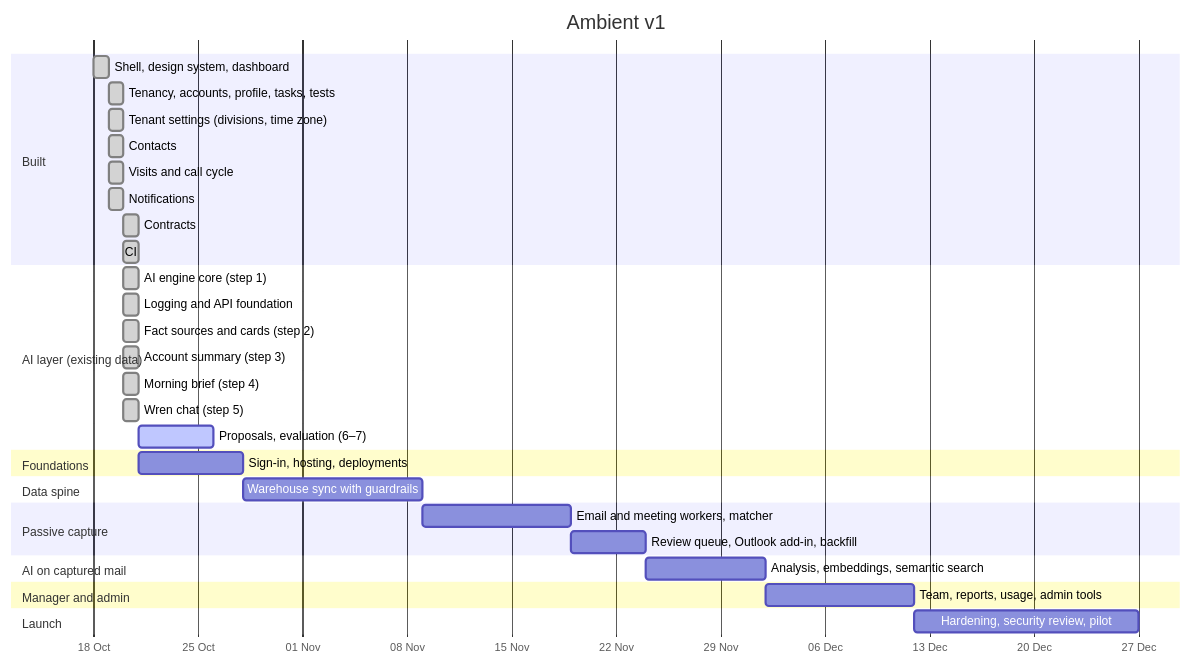
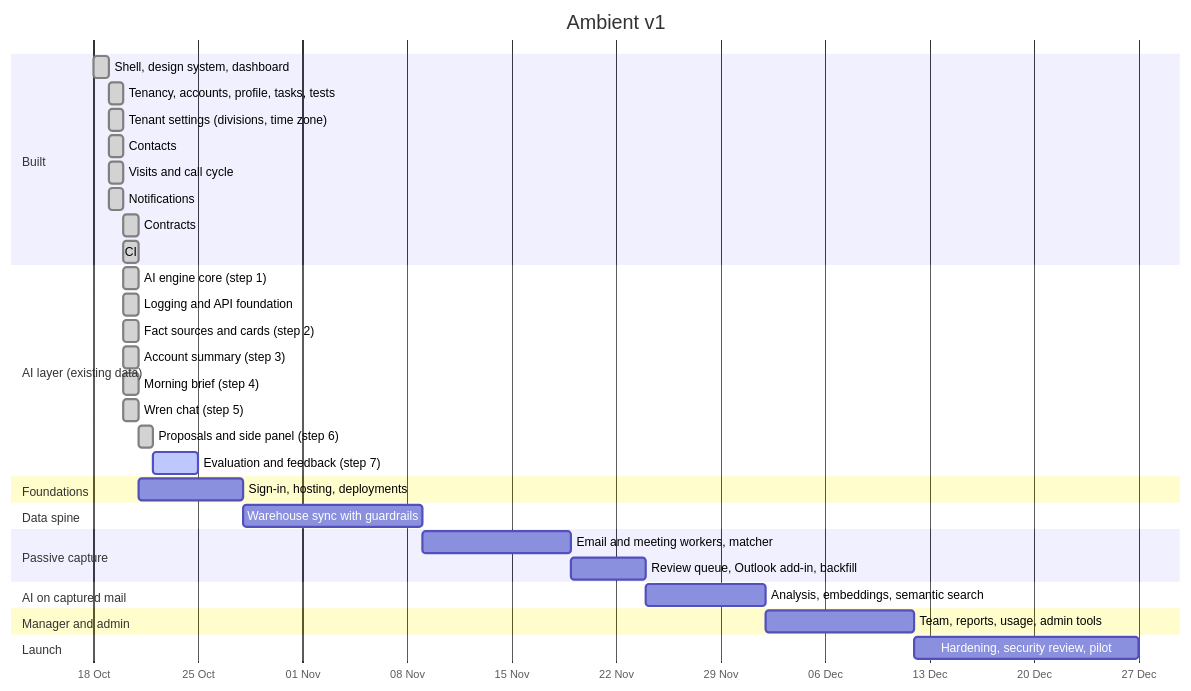
One commit to sonishivam1/ambient-crm changed the diagram in docs/product/roadmap.md. Above: the diagram before and after it, drawn with Mermaid. The commit also changed other lines of this file and 45 other files, not shown here.

First line of the commit message:
feat(ai): step 6, proposals, follow-ups and the side panel

````diff
--- a/docs/product/roadmap.md
+++ b/docs/product/roadmap.md
@@ -60,36 +60,37 @@
 ```mermaid
 gantt
   title Ambient v1
   dateFormat YYYY-MM-DD
   axisFormat %d %b
   section Built
   Shell, design system, dashboard          :done,   b1, 2026-10-18, 1d
   Tenancy, accounts, profile, tasks, tests :done,   b2, 2026-10-19, 1d
   Tenant settings (divisions, time zone)   :done,   b3, 2026-10-19, 1d
   Contacts                                 :done,   b4, 2026-10-19, 1d
   Visits and call cycle                    :done,   b5, 2026-10-19, 1d
   Notifications                            :done,   b6, 2026-10-19, 1d
   Contracts                                :done,   b7, 2026-10-20, 1d
   CI                                       :done,   b8, 2026-10-20, 1d
   section AI layer (existing data)
   AI engine core (step 1)                  :done,   a9, 2026-10-20, 1d
   Logging and API foundation               :done,   b9, 2026-10-20, 1d
   Fact sources and cards (step 2)          :done,   a0, 2026-10-20, 1d
   Account summary (step 3)                 :done,   a1, 2026-10-20, 1d
   Morning brief (step 4)                   :done,   a3, 2026-10-20, 1d
   Wren chat (step 5)                       :done,   a2, 2026-10-20, 1d
-  Proposals, evaluation (6–7)              :active, a4, after a2, 5d
+  Proposals and side panel (step 6)        :done,   a4, 2026-10-21, 1d
+  Evaluation and feedback (step 7)         :active, a5, after a4, 3d
   section Foundations
   Sign-in, hosting, deployments           :        f1, after a2, 7d
   section Data spine
   Warehouse sync with guardrails           :        d1, after f1, 12d
   section Passive capture
   Email and meeting workers, matcher       :        p1, after d1, 10d
   Review queue, Outlook add-in, backfill   :        p2, after p1, 5d
   section AI on captured mail
   Analysis, embeddings, semantic search    :        a3, after p2, 8d
   section Manager and admin
   Team, reports, usage, admin tools        :        m1, after a3, 10d
   section Launch
   Hardening, security review, pilot        :        l1, after m1, 15d
 ```
````
